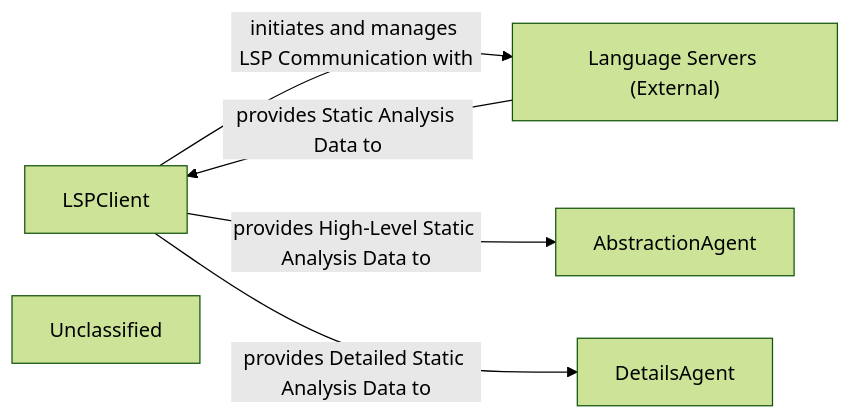
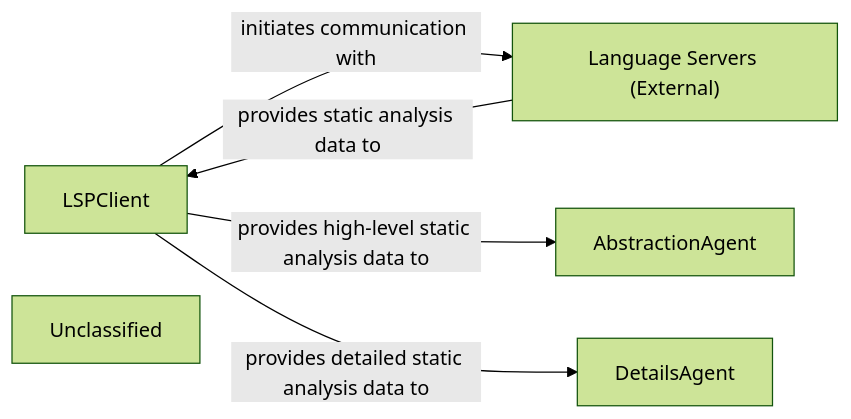
The diagram in .codeboarding/AI_Interpretation_Layer.md (CodeBoarding/CodeBoarding), drawn with Mermaid (forest theme) before and after one commit. The commit also changed other lines of this file and 19 other files, not shown here.

First line of the commit message:
docs: update codeboarding documentation and generate architecture

````diff
--- a/.codeboarding/AI_Interpretation_Layer.md
+++ b/.codeboarding/AI_Interpretation_Layer.md
@@ -1,12 +1,12 @@
 ```mermaid
 graph LR
     LSPClient["LSPClient"]
     AbstractionAgent["AbstractionAgent"]
     DetailsAgent["DetailsAgent"]
     Language_Servers_External_["Language Servers (External)"]
     Unclassified["Unclassified"]
-    LSPClient -- "initiates and manages LSP Communication with" --> Language_Servers_External_
-    Language_Servers_External_ -- "provides Static Analysis Data to" --> LSPClient
-    LSPClient -- "provides High-Level Static Analysis Data to" --> AbstractionAgent
-    LSPClient -- "provides Detailed Static Analysis Data to" --> DetailsAgent
+    LSPClient -- "initiates communication with" --> Language_Servers_External_
+    Language_Servers_External_ -- "provides static analysis data to" --> LSPClient
+    LSPClient -- "provides high-level static analysis data to" --> AbstractionAgent
+    LSPClient -- "provides detailed static analysis data to" --> DetailsAgent
 ```
````
